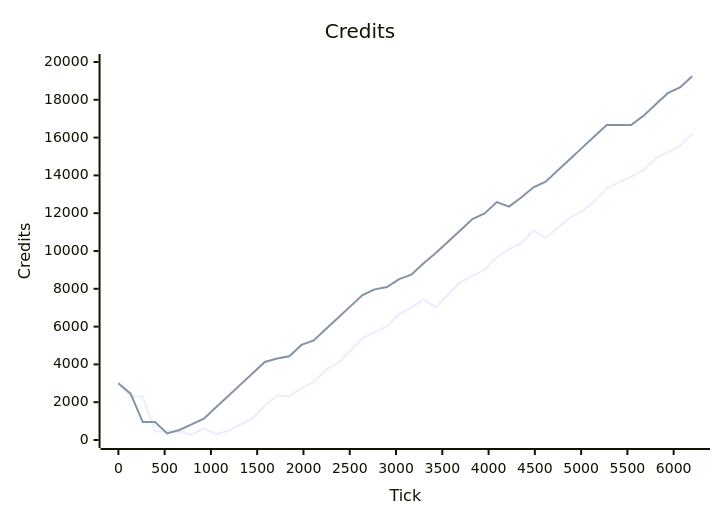
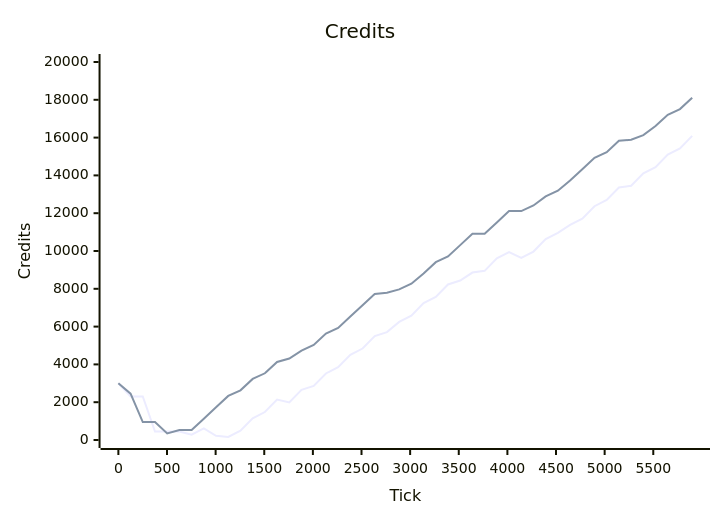
Before and after one commit to arn-c0de/Project_Nova: the first of 4 diagrams in tools/Nova.AiLab/reports/latest.md, drawn with Mermaid. The commit also changed other lines of this file and 272 other files, not shown here.

````diff
--- a/tools/Nova.AiLab/reports/latest.md
+++ b/tools/Nova.AiLab/reports/latest.md
@@ -49,8 +49,8 @@
 ```mermaid
 xychart-beta
     title "Credits"
-    x-axis "Tick" 0 --> 6200
+    x-axis "Tick" 0 --> 5900
     y-axis "Credits" 0 --> 20000
-    line [3000, 2300, 2300, 450, 450, 450, 280, 610, 310, 490, 820, 1150, 1810, 2350, 2320, 2740, 3070, 3730, 4060, 4720, 5380, 5710, 6010, 6670, 7000, 7420, 7030, 7690, 8350, 8680, 9010, 9670, 10090, 10420, 11080, 10690, 11230, 11770, 12100, 12640, 13300, 13630, 13930, 14260, 14920, 15220, 15550, 16210]
-    line [3000, 2450, 950, 950, 350, 530, 830, 1130, 1730, 2330, 2930, 3530, 4130, 4310, 4430, 5030, 5270, 5870, 6470, 7070, 7670, 7970, 8090, 8510, 8750, 9350, 9890, 10490, 11090, 11690, 11990, 12590, 12350, 12830, 13370, 13670, 14270, 14870, 15470, 16070, 16670, 16670, 16670, 17150, 17750, 18350, 18650, 19250]
+    line [3000, 2300, 2300, 450, 450, 450, 280, 610, 220, 160, 490, 1150, 1480, 2140, 1990, 2650, 2860, 3520, 3850, 4510, 4840, 5500, 5710, 6250, 6580, 7240, 7570, 8230, 8440, 8860, 8950, 9610, 9940, 9640, 9970, 10630, 10960, 11380, 11710, 12370, 12700, 13360, 13450, 14110, 14440, 15100, 15430, 16090]
+    line [3000, 2450, 950, 950, 350, 530, 530, 1130, 1730, 2330, 2630, 3230, 3530, 4130, 4310, 4730, 5030, 5630, 5930, 6530, 7130, 7730, 7790, 7970, 8270, 8810, 9410, 9710, 10310, 10910, 10910, 11510, 12110, 12110, 12410, 12890, 13190, 13730, 14330, 14930, 15230, 15830, 15890, 16130, 16610, 17210, 17510, 18110]
 ```
````
